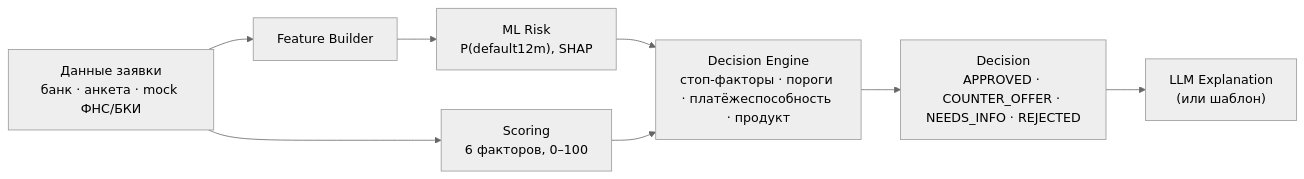
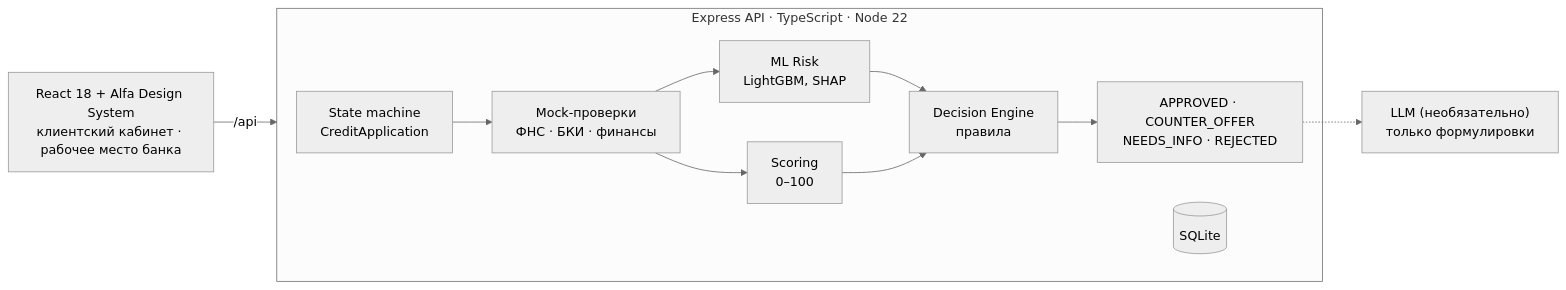
One commit to Deniskish/ALPHA_HACKATHON changed the diagram in README.md. Above: the diagram before and after it, drawn with Mermaid (neutral theme). The commit also changed other lines of this file and 38 other files, not shown here.

````diff
--- a/README.md
+++ b/README.md
@@ -41,10 +80,14 @@
 ```mermaid
 flowchart LR
-  Data["Данные заявки<br/>банк · анкета · mock ФНС/БКИ"] --> FB["Feature Builder"]
-  FB --> ML["ML Risk<br/>P(default12m), SHAP"]
-  Data --> SC["Scoring<br/>6 факторов, 0–100"]
-  ML --> DE["Decision Engine<br/>стоп-факторы · пороги · платёжеспособность · продукт"]
-  SC --> DE
-  DE --> D["Decision<br/>APPROVED · COUNTER_OFFER · NEEDS_INFO · REJECTED"]
-  D --> LLM["LLM Explanation<br/>(или шаблон)"]
+  UI["React 18 + Alfa Design System<br/>клиентский кабинет · рабочее место банка"] -- "/api" --> API
+  subgraph API["Express API · TypeScript · Node 22"]
+    SM["State machine<br/>CreditApplication"] --> P["Mock-проверки<br/>ФНС · БКИ · финансы"]
+    P --> ML["ML Risk<br/>LightGBM, SHAP"]
+    P --> SC["Scoring<br/>0–100"]
+    ML --> DE["Decision Engine<br/>правила"]
+    SC --> DE
+    DE --> D["APPROVED · COUNTER_OFFER<br/>NEEDS_INFO · REJECTED"]
+    DB[("SQLite")]
+  end
+  D -.-> LLM["LLM (необязательно)<br/>только формулировки"]
 ```
````
